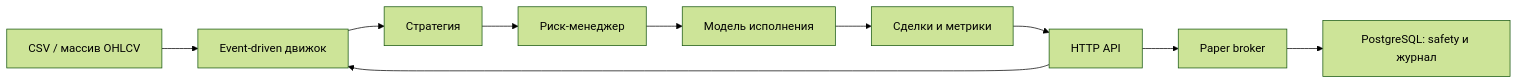
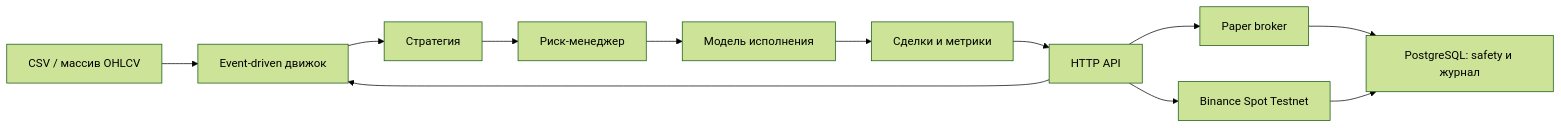
Before and after one commit to PCenjoyer/TradingMaster: the diagram in README.md, drawn with Mermaid (forest theme). The commit also changed other lines of this file and 21 other files, not shown here.

Commit message:
Подключён Binance Spot Testnet

```diff
--- a/README.md
+++ b/README.md
@@ -89,12 +95,14 @@
 ~~~mermaid
 flowchart LR
     D["CSV / массив OHLCV"] --> E["Event-driven движок"]
     E --> S["Стратегия"]
     S --> R["Риск-менеджер"]
     R --> F["Модель исполнения"]
     F --> M["Сделки и метрики"]
     A["HTTP API"] --> E
     M --> A
     P["Paper broker"] --> J["PostgreSQL: safety и журнал"]
     A --> P
+    A --> T["Binance Spot Testnet"]
+    T --> J
 ~~~
```
